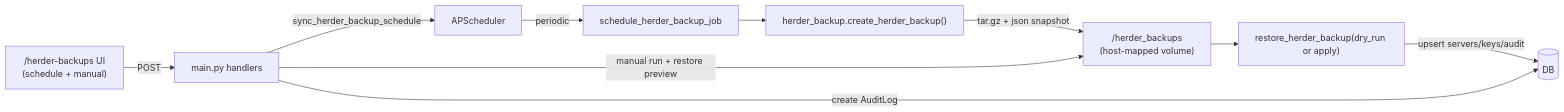
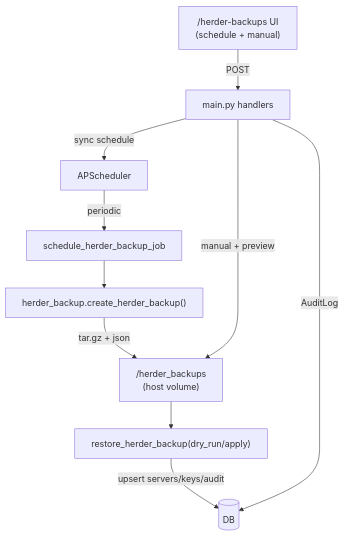
Before and after one commit to bjorngluck/piherder: the third of 3 diagrams in SPEC.md, drawn with Mermaid. The commit also changed other lines of this file, not shown here.

Commit message:
docs: fix Mermaid diagrams in SPEC.md for GitHub rendering
- Key flows diagram: fixed invalid edge syntax ( -.poll.->  was breaking parse), removed unicode ▶ for compatibility, kept TD portrait layout
- Herder self-backup flow: changed LR (landscape, unreadable/wide) to TB (portrait/top-down) for better GitHub rendering + readability
- Shortened some node labels for compactness
- Updated last-updated note

Diagrams should now render properly on GitHub.

````diff
--- a/SPEC.md
+++ b/SPEC.md
@@ -188,12 +188,12 @@
 ```mermaid
-flowchart LR
+flowchart TB
     Config["/herder-backups UI<br/>(schedule + manual)"] -->|POST| Main["main.py handlers"]
-    Main -->|sync_herder_backup_schedule| APS["APScheduler"]
+    Main -->|sync schedule| APS["APScheduler"]
     APS -->|periodic| Job["schedule_herder_backup_job"]
     Job --> HB["herder_backup.create_herder_backup()"]
-    HB -->|tar.gz + json snapshot| Disk["/herder_backups<br/>(host-mapped volume)"]
-    Main -->|manual run + restore preview| Disk
-    Disk --> Restore["restore_herder_backup(dry_run or apply)"]
+    HB -->|tar.gz + json| Disk["/herder_backups<br/>(host volume)"]
+    Main -->|manual + preview| Disk
+    Disk --> Restore["restore_herder_backup(dry_run/apply)"]
     Restore -->|upsert servers/keys/audit| DB[(DB)]
-    Main -->|create AuditLog| DB
+    Main -->|AuditLog| DB
 ```
````
